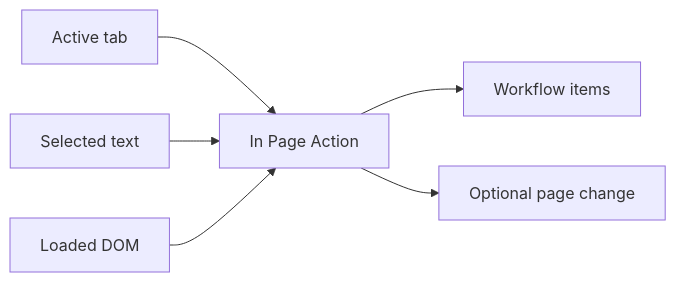
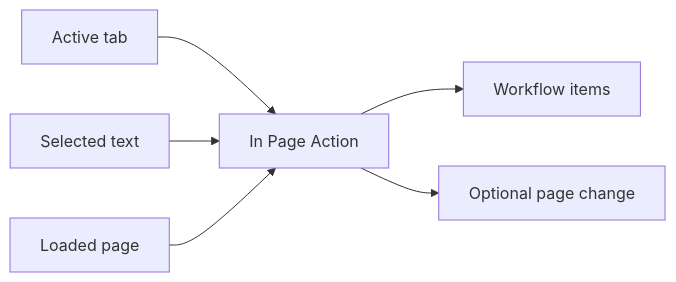
Before and after one commit to agentic-com/Agentic-Flow-Doc: the diagram in src/content/docs/nodes/extension/index.mdx, drawn with Mermaid. The commit also changed other lines of this file and 188 other files, not shown here.

First line of the commit message:
docs(nodes): complete the node page template; one product name; no jargon

````diff
--- a/src/content/docs/nodes/extension/index.mdx
+++ b/src/content/docs/nodes/extension/index.mdx
@@ -14,8 +17,8 @@
 ```mermaid
 flowchart LR
   Page["Active tab"] --> Node["In Page Action"]
   Selection["Selected text"] --> Node
-  DOM["Loaded DOM"] --> Node
+  DOM["Loaded page"] --> Node
   Node --> Output["Workflow items"]
   Node --> PageChange["Optional page change"]
 ```
````
